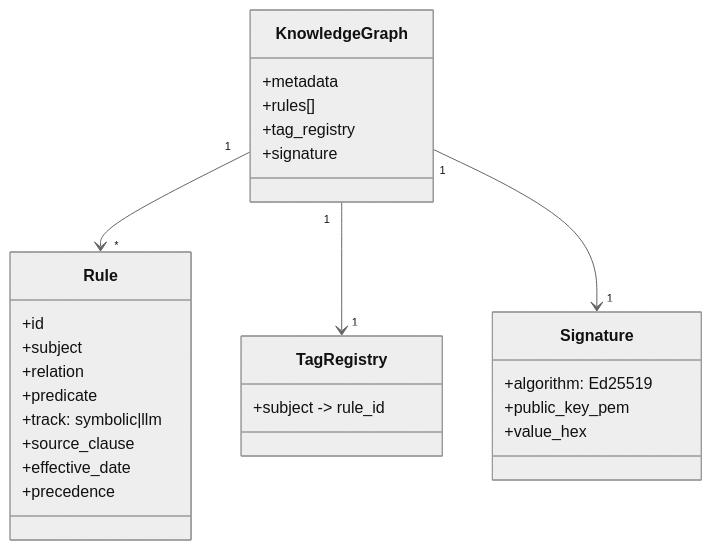
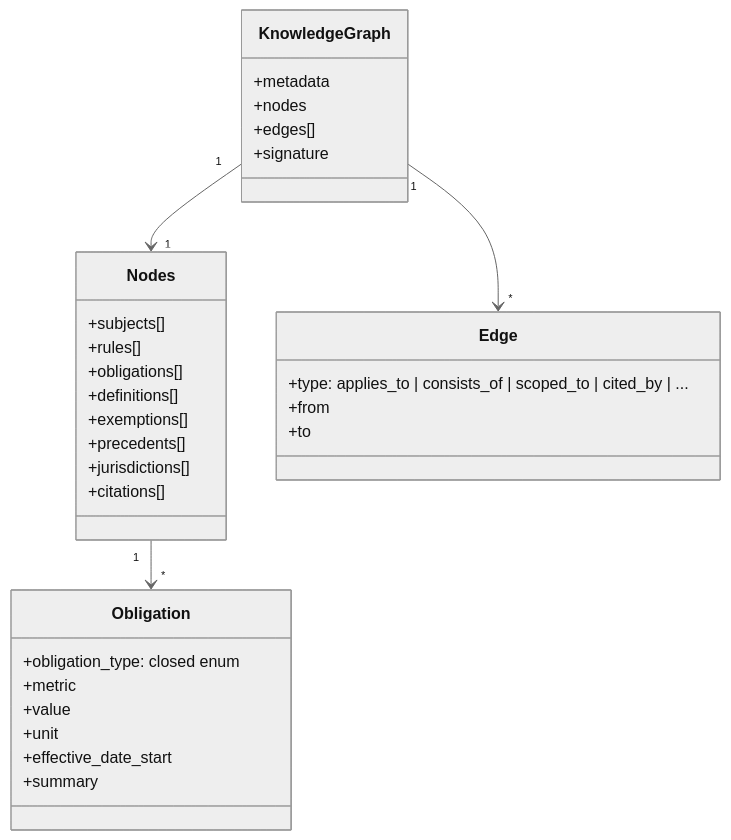
The second of 4 diagrams in docs/architecture.md (kpifinity/ski-framework), drawn with Mermaid (neutral theme) before and after one commit. The commit also changed other lines of this file and 4 other files, not shown here.

First line of the commit message:
docs: rewrite v2-era pages to the v3 architecture

````diff
--- a/docs/architecture.md
+++ b/docs/architecture.md
@@ -89,30 +79,35 @@
 ```mermaid
 classDiagram
     class KnowledgeGraph {
         +metadata
-        +rules[]
-        +tag_registry
+        +nodes
+        +edges[]
         +signature
     }
-    class Rule {
-        +id
-        +subject
-        +relation
-        +predicate
-        +track: symbolic|llm
-        +source_clause
-        +effective_date
-        +precedence
+    class Nodes {
+        +subjects[]
+        +rules[]
+        +obligations[]
+        +definitions[]
+        +exemptions[]
+        +precedents[]
+        +jurisdictions[]
+        +citations[]
     }
-    class TagRegistry {
-        +subject -> rule_id
+    class Obligation {
+        +obligation_type: closed enum
+        +metric
+        +value
+        +unit
+        +effective_date_start
+        +summary
     }
-    class Signature {
-        +algorithm: Ed25519
-        +public_key_pem
-        +value_hex
+    class Edge {
+        +type: applies_to | consists_of | scoped_to | cited_by | ...
+        +from
+        +to
     }
-    KnowledgeGraph "1" --> "*" Rule
-    KnowledgeGraph "1" --> "1" TagRegistry
-    KnowledgeGraph "1" --> "1" Signature
+    KnowledgeGraph "1" --> "1" Nodes
+    KnowledgeGraph "1" --> "*" Edge
+    Nodes "1" --> "*" Obligation
 ```
````
